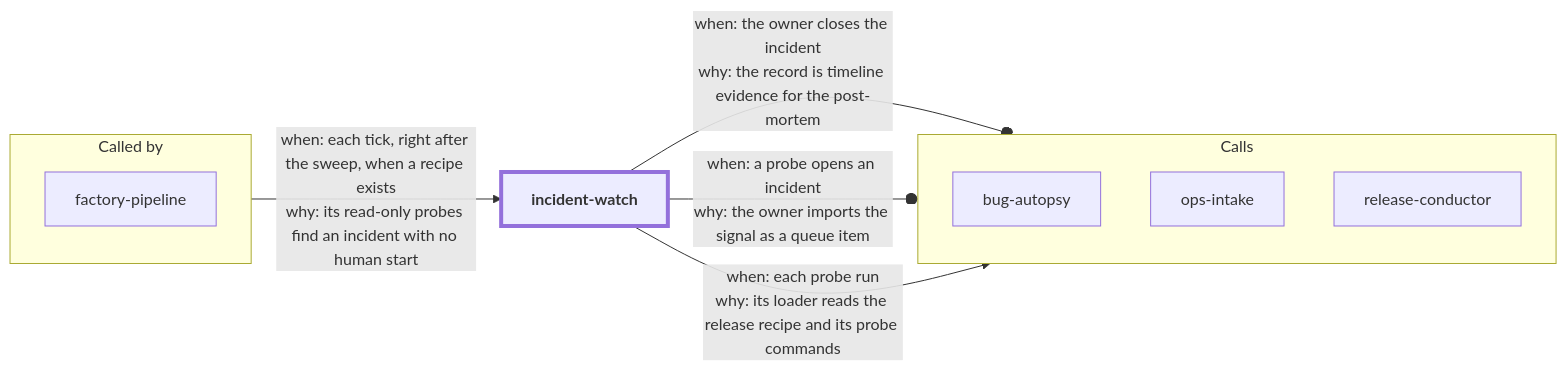
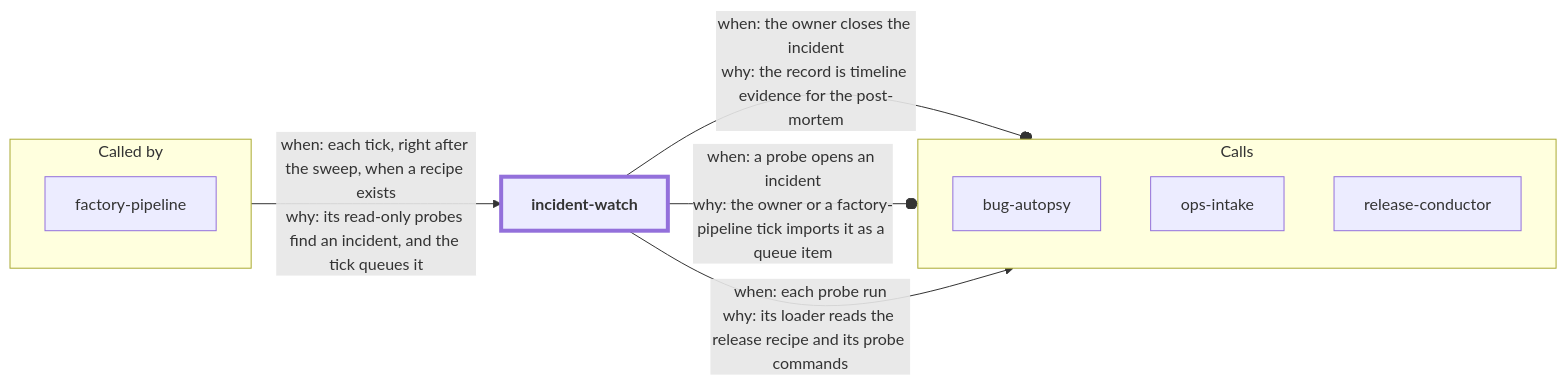
Before and after one commit to dhanesh/agent-skills: the diagram in incident-watch/README.md, drawn with Mermaid. The commit also changed 5 other files, not shown here.

First line of the commit message:
docs(skill-graph): the call graph shows the incident probe queueing an opened incident

````diff
--- a/incident-watch/README.md
+++ b/incident-watch/README.md
@@ -68,20 +68,20 @@
 ```mermaid
 flowchart LR
   subgraph callers["Called by"]
     direction TB
     in_factory_pipeline["factory-pipeline"]
   end
   self_incident_watch["incident-watch"]
   subgraph callees["Calls"]
     direction TB
     out_bug_autopsy["bug-autopsy"]
     out_ops_intake["ops-intake"]
     out_release_conductor["release-conductor"]
   end
-  in_factory_pipeline -->|"when: each tick, right after the sweep, when a recipe exists<br/>why: its read-only probes find an incident with no human start"| self_incident_watch
+  in_factory_pipeline -->|"when: each tick, right after the sweep, when a recipe exists<br/>why: its read-only probes find an incident, and the tick queues it"| self_incident_watch
   self_incident_watch --o|"when: the owner closes the incident<br/>why: the record is timeline evidence for the post-mortem"| out_bug_autopsy
-  self_incident_watch --o|"when: a probe opens an incident<br/>why: the owner imports the signal as a queue item"| out_ops_intake
+  self_incident_watch --o|"when: a probe opens an incident<br/>why: the owner or a factory-pipeline tick imports it as a queue item"| out_ops_intake
   self_incident_watch -->|"when: each probe run<br/>why: its loader reads the release recipe and its probe commands"| out_release_conductor
   classDef self stroke-width:4px,font-weight:bold
   class self_incident_watch self
 ```
````
